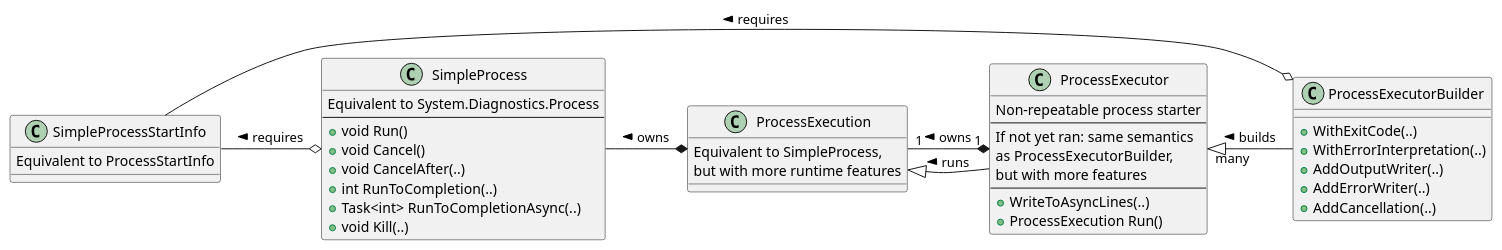
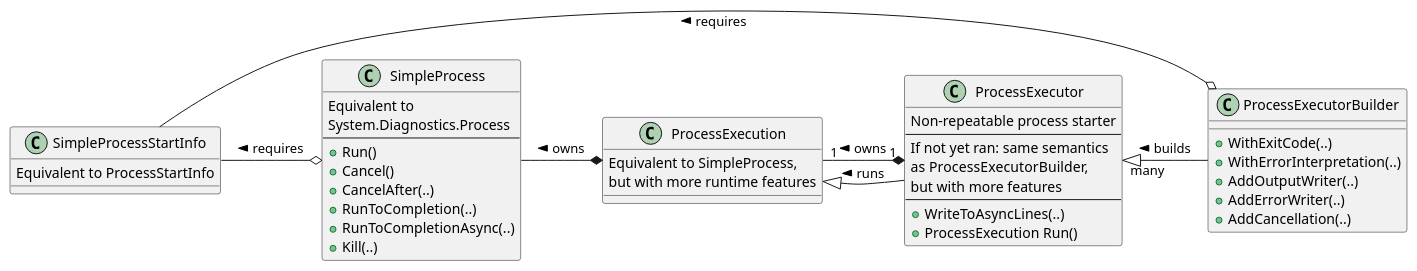
Before and after one commit to teneko-net-tools/Kenet.SimpleProcess: the diagram in res/simplified-architecture.puml, drawn with PlantUML. The commit also changed 1 other file, not shown here.

Commit message:
chore: make diagram narrower

```diff
--- a/res/simplified-architecture.puml
+++ b/res/simplified-architecture.puml
@@ -1,51 +1,52 @@
 @startuml simplified-architecture
 
 together {
     class SimpleProcessStartInfo {
         Equivalent to ProcessStartInfo
     }
     SimpleProcessStartInfo -[hidden]> SimpleProcess
 
     class SimpleProcess {
-        Equivalent to System.Diagnostics.Process
+        Equivalent to 
+        System.Diagnostics.Process
         --
-        + void Run()
-        + void Cancel()
-        + void CancelAfter(..)
-        + int RunToCompletion(..)
-        + Task<int> RunToCompletionAsync(..)
-        + void Kill(..)
+        + Run()
+        + Cancel()
+        + CancelAfter(..)
+        + RunToCompletion(..)
+        + RunToCompletionAsync(..)
+        + Kill(..)
     }
     SimpleProcess o- SimpleProcessStartInfo : requires >
 }
 
 class ProcessExecution {
     Equivalent to SimpleProcess,
     but with more runtime features
 }
 ProcessExecution <|- ProcessExecutor : runs <
 ProcessExecution *- SimpleProcess : owns >
 
 class ProcessExecutorBuilder {
     + WithExitCode(..)
     + WithErrorInterpretation(..)
     + AddOutputWriter(..)
     + AddErrorWriter(..)
     + AddCancellation(..)
 }
 ProcessExecutorBuilder o- SimpleProcessStartInfo : requires >
 
 class ProcessExecutor {
     Non-repeatable process starter
     --
     If not yet ran: same semantics
     as ProcessExecutorBuilder,
     but with more features
     --
     + WriteToAsyncLines(..)
     + ProcessExecution Run()
 }
 ProcessExecutor "many" <|- ProcessExecutorBuilder : builds <
 ProcessExecutor "1" *- "1" ProcessExecution : owns >
 
 @enduml
```
